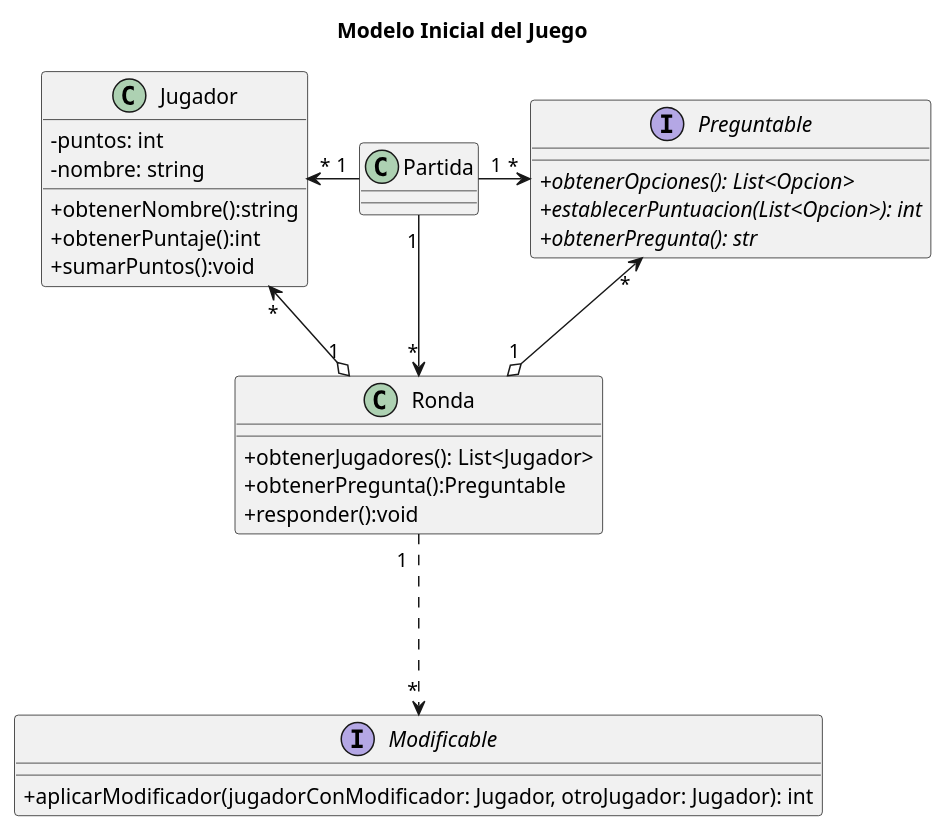
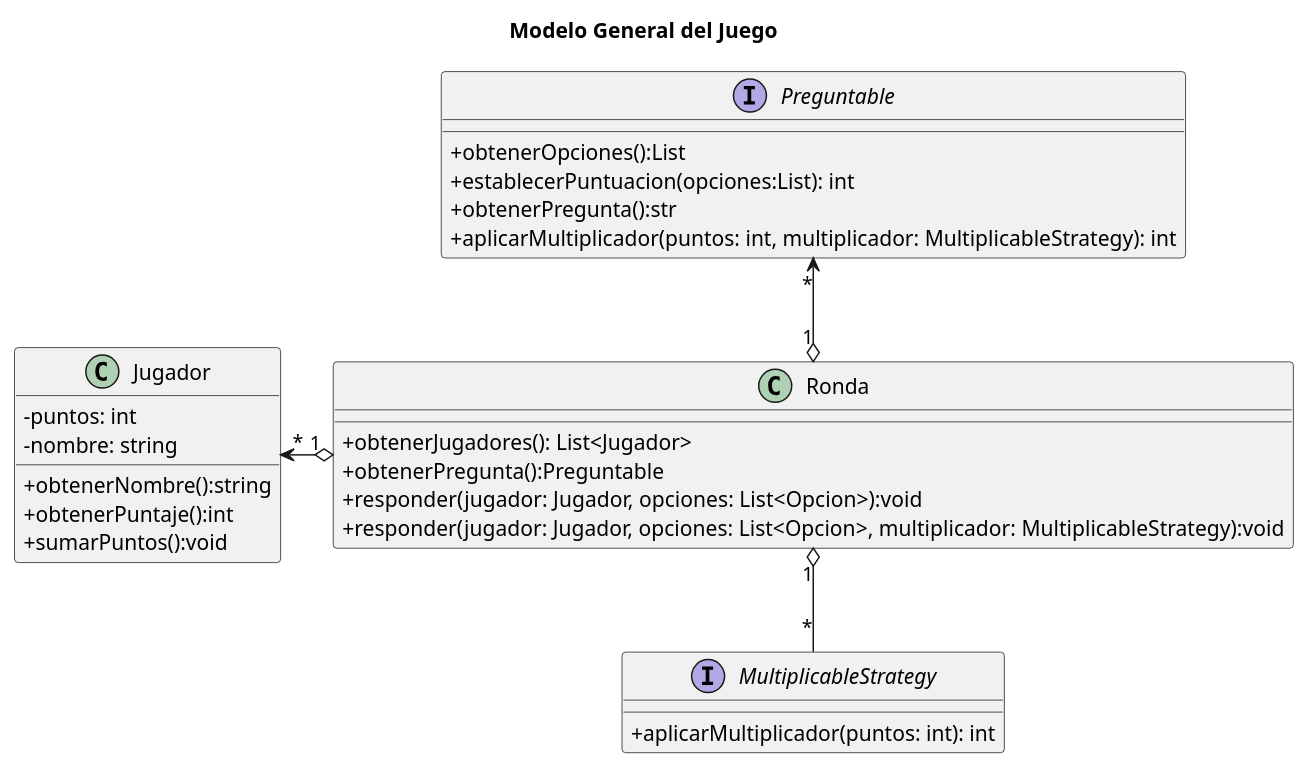
One commit to gylopezgiles/TP2 changed the diagram in doc/Diagramas/Diagramas_Clase/partida/partida.plantuml. Above: the diagram before and after it, drawn with PlantUML. The commit also changed 5 other files, not shown here.

Commit message:
Actualizacion de los diagramas de secuencia + eliminacion de imports no usados

```diff
--- a/doc/Diagramas/Diagramas_Clase/partida/partida.plantuml
+++ b/doc/Diagramas/Diagramas_Clase/partida/partida.plantuml
@@ -1,50 +1,38 @@
 @startuml
-title Modelo Inicial del Juego
+title Modelo General del Juego
 skinparam classAttributeIconSize 0
-
-class Partida{
-}
-
 
 class Jugador{
     - puntos: int
     - nombre: string
 
     + obtenerNombre():string
     + obtenerPuntaje():int
     + sumarPuntos():void
 }
 
 interface Preguntable{
-    + {abstract}obtenerOpciones(): List<Opcion>
-    + {abstract}establecerPuntuacion(List<Opcion>): int
-    + {abstract}obtenerPregunta(): str
-
+    + obtenerOpciones():List
+    + establecerPuntuacion(opciones:List): int
+    + obtenerPregunta():str
+    + aplicarMultiplicador(puntos: int, multiplicador: MultiplicableStrategy): int
 }
 
 class Ronda{
-    ' - jugadores: List<Jugador>
-    ' - pregunta: Preguntable
 
     + obtenerJugadores(): List<Jugador>
     + obtenerPregunta():Preguntable
-    + responder():void
+    + responder(jugador: Jugador, opciones: List<Opcion>):void
+    + responder(jugador: Jugador, opciones: List<Opcion>, multiplicador: MultiplicableStrategy):void
 }
 
-interface Modificable{
-    + aplicarModificador(jugadorConModificador: Jugador, otroJugador: Jugador): int
+interface MultiplicableStrategy{
+    + aplicarMultiplicador(puntos: int): int
 }
 
-
-
-Partida "1"-left->"*" Jugador
-
-Partida "1"->"*" Preguntable
-
-Partida "1" -down->"*" Ronda
-Ronda "1  "-down..>"*" Modificable
+Ronda "1" o-down-"*" MultiplicableStrategy
 Ronda "1" o-up->"*" Preguntable
 Ronda "1" o-left->"*"Jugador
 
 
 @enduml
```
